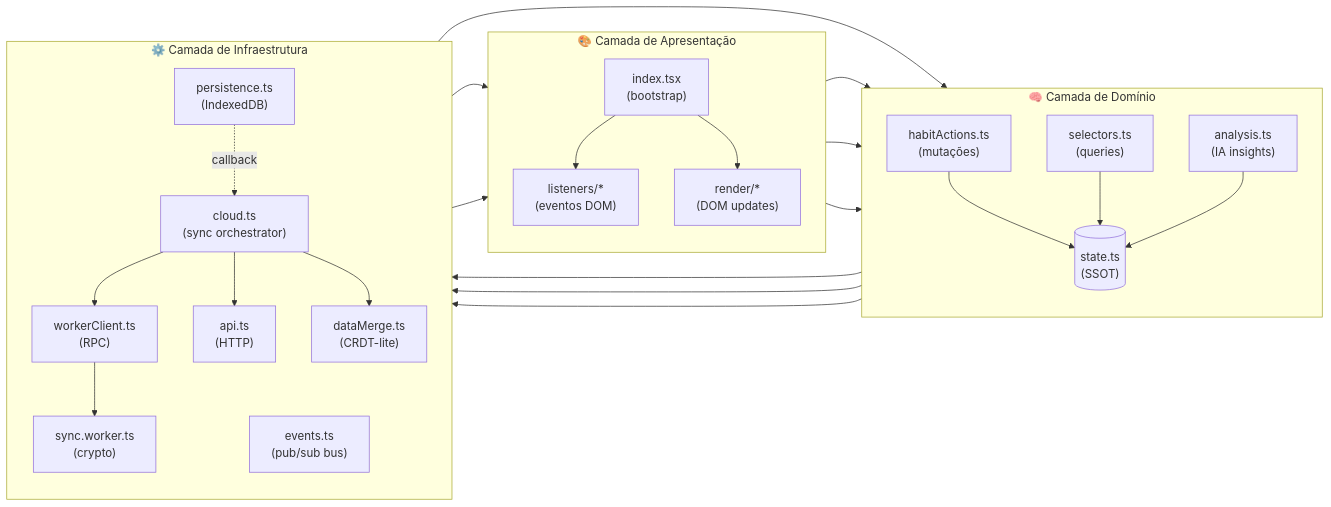
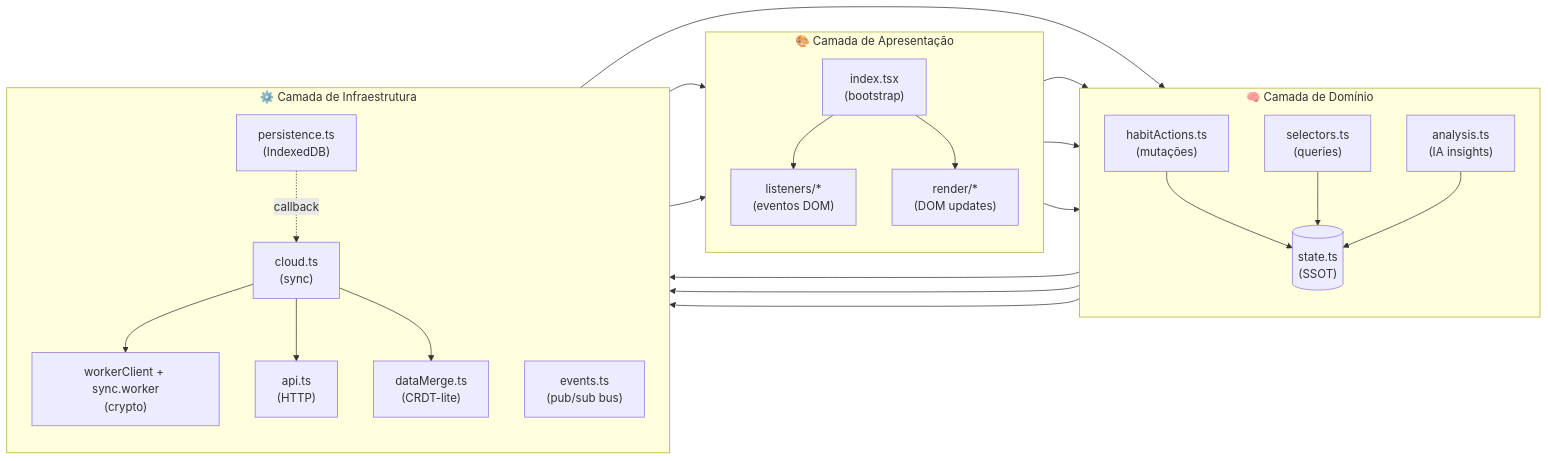
Before and after one commit to farifran/askesis: the third of 18 diagrams in README.md, drawn with Mermaid.

Commit message:
Atualiza diagrama de fluxo de dados no README para simplificar a representação do sincronizador e do cliente de worker, melhorando a clareza sobre a arquitetura de sincronização.

````diff
--- a/README.md
+++ b/README.md
@@ -196,63 +196,61 @@
 ```mermaid
 flowchart LR
   %% Layout horizontal: fluxo da esquerda para direita, minimizando cruzamentos
 
   subgraph PRESENTATION["🎨 Camada de Apresentação"]
     direction TB
     IDX["index.tsx<br/>(bootstrap)"]
     LISTEN["listeners/*<br/>(eventos DOM)"]
     RENDER["render/*<br/>(DOM updates)"]
   end
 
   subgraph DOMAIN["🧠 Camada de Domínio"]
     direction TB
     ACTIONS["habitActions.ts<br/>(mutações)"]
     SELECTORS["selectors.ts<br/>(queries)"]
     ANALYSIS["analysis.ts<br/>(IA insights)"]
     STATE[("state.ts<br/>(SSOT)")]
   end
 
   subgraph INFRA["⚙️ Camada de Infraestrutura"]
     direction TB
     PERSIST["persistence.ts<br/>(IndexedDB)"]
     EVENTS["events.ts<br/>(pub/sub bus)"]
-    CLOUD["cloud.ts<br/>(sync orchestrator)"]
-    WRPC["workerClient.ts<br/>(RPC)"]
-    WORKER["sync.worker.ts<br/>(crypto)"]
+    CLOUD["cloud.ts<br/>(sync)"]
+    WORKER["workerClient + sync.worker<br/>(crypto)"]
     API["api.ts<br/>(HTTP)"]
     MERGE["dataMerge.ts<br/>(CRDT-lite)"]
   end
 
   %% === Bootstrap (inicialização) ===
   IDX --> LISTEN
   IDX --> RENDER
 
   %% === UI → Domínio ===
   LISTEN --> ACTIONS
   LISTEN --> ANALYSIS
   RENDER --> SELECTORS
 
   %% === Domínio → Estado ===
   ACTIONS --> STATE
   SELECTORS --> STATE
   ANALYSIS --> STATE
 
   %% === Persistência Local ===
   ACTIONS --> PERSIST
   PERSIST --> STATE
 
   %% === Event Bus (comunicação assíncrona) ===
   ACTIONS --> EVENTS
   EVENTS --> RENDER
   EVENTS --> LISTEN
 
   %% === Pipeline de Sync ===
   ANALYSIS --> CLOUD
-  CLOUD --> WRPC
+  CLOUD --> WORKER
   CLOUD --> API
   CLOUD --> MERGE
-  WRPC --> WORKER
 
   %% === Callback de Persistência ===
   PERSIST -.->|callback| CLOUD
 ```
````
